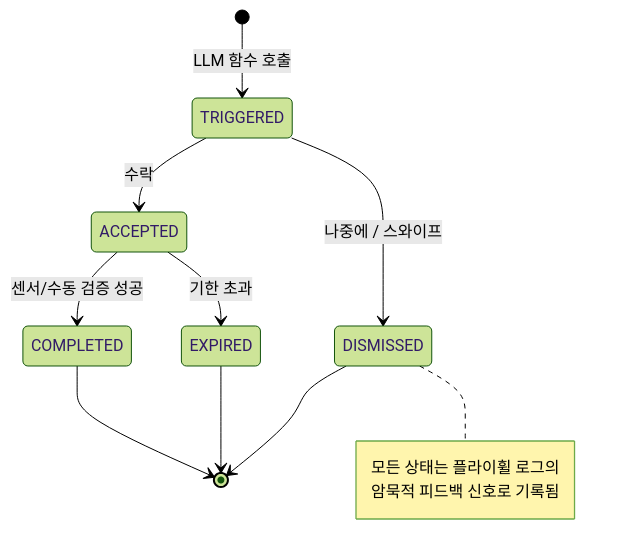
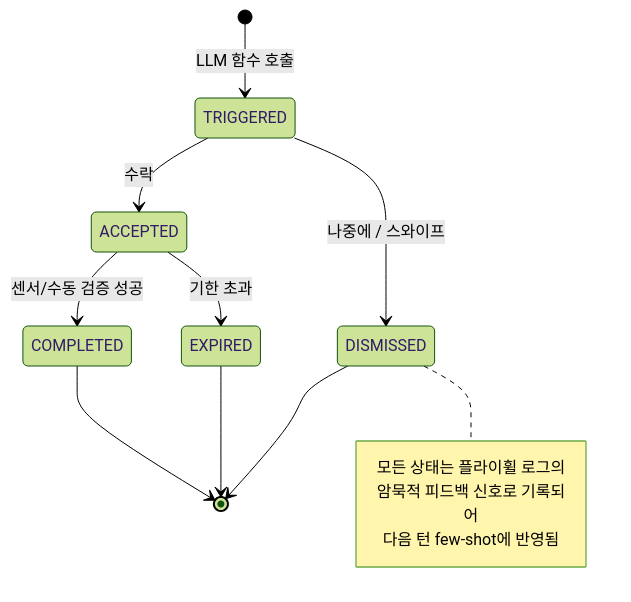
One commit to RefXTeam/quest-ai-android changed the third of 4 diagrams in README.md. Above: the diagram before and after it, drawn with Mermaid (forest theme). The commit also changed other lines of this file and 6 other files, not shown here.

````diff
--- a/README.md
+++ b/README.md
@@ -90,16 +97,17 @@
 ```mermaid
 stateDiagram-v2
     [*] --> TRIGGERED: LLM 함수 호출
     TRIGGERED --> ACCEPTED: 수락
     TRIGGERED --> DISMISSED: 나중에 / 스와이프
     ACCEPTED --> COMPLETED: 센서/수동 검증 성공
     ACCEPTED --> EXPIRED: 기한 초과
     COMPLETED --> [*]
     DISMISSED --> [*]
     EXPIRED --> [*]
 
     note right of DISMISSED
         모든 상태는 플라이휠 로그의
-        암묵적 피드백 신호로 기록됨
+        암묵적 피드백 신호로 기록되어
+        다음 턴 few-shot에 반영됨
     end note
 ```
````
